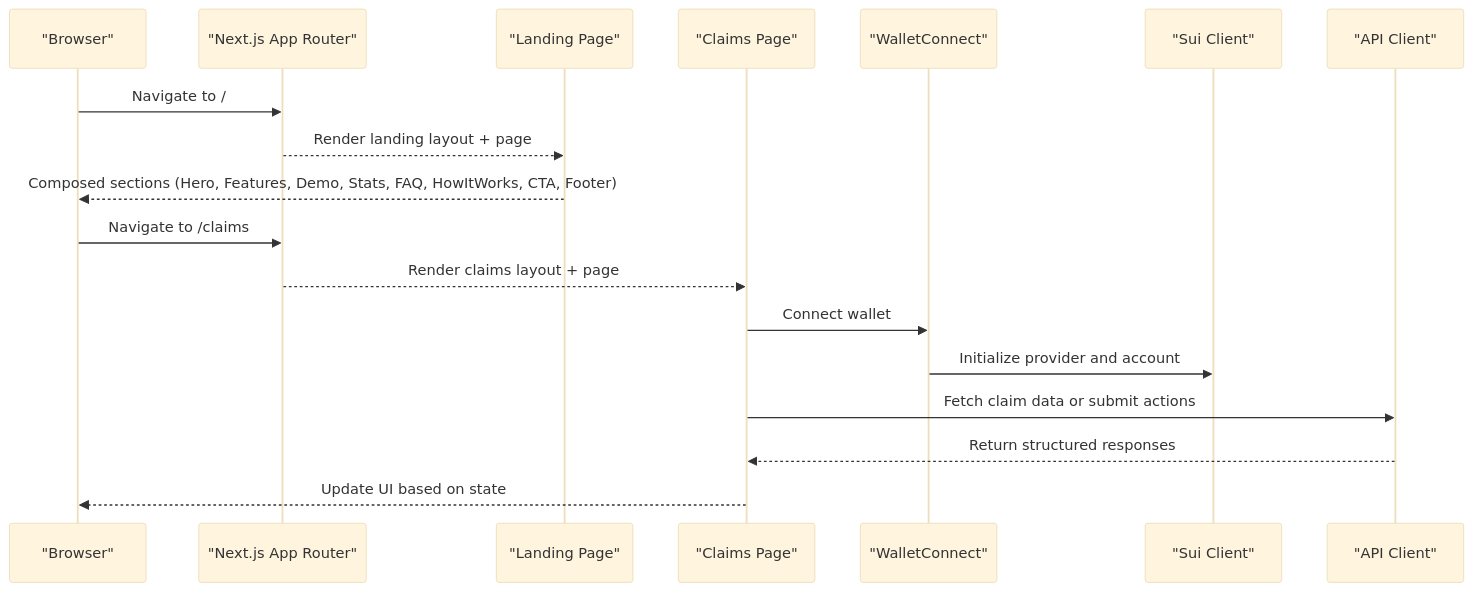
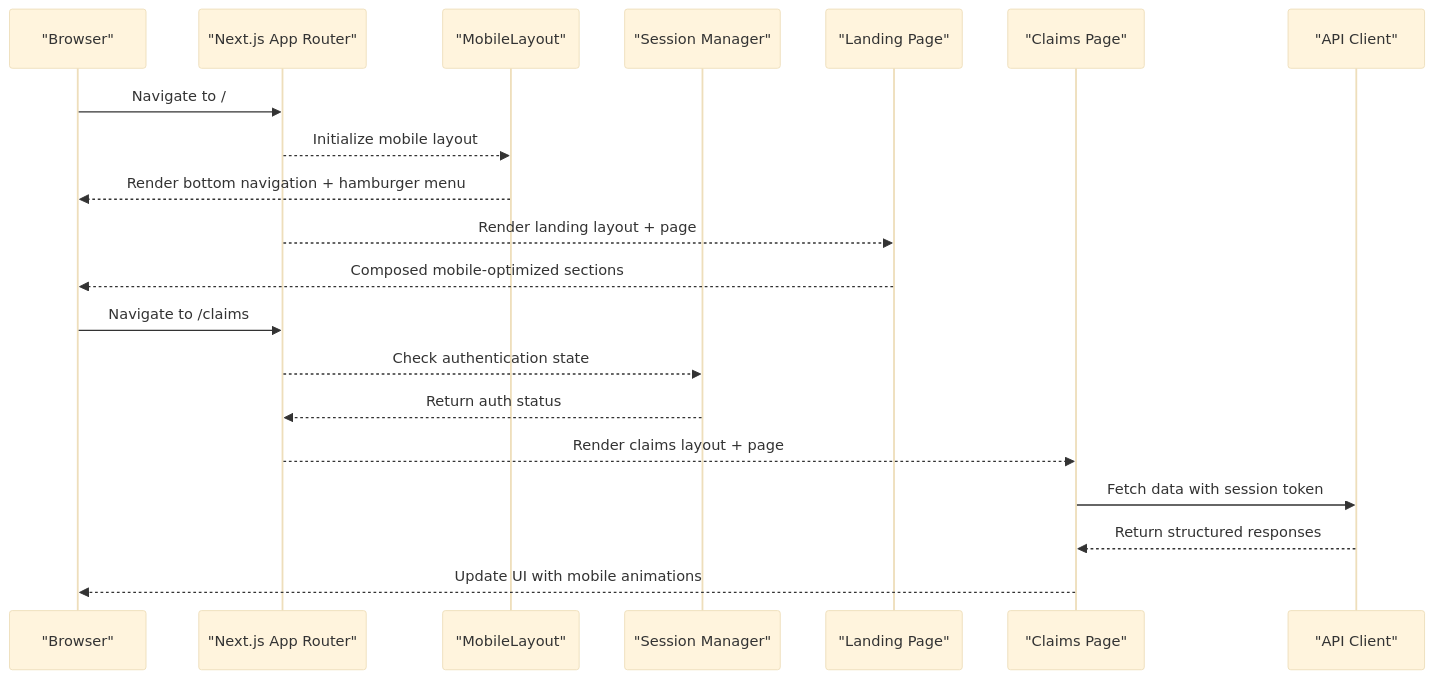
The second of 9 diagrams in .qoder/repowiki/en/content/Architecture Overview/Frontend Architecture.md (hieudepoet/Insurix), drawn with Mermaid (base theme) before and after one commit. The commit also changed other lines of this file and 63 other files, not shown here.

First line of the commit message:
feat: premium UI redesign + fix claim lifecycle for demo

````diff
--- a/.qoder/repowiki/en/content/Architecture Overview/Frontend Architecture.md
+++ b/.qoder/repowiki/en/content/Architecture Overview/Frontend Architecture.md
@@ -128,20 +127,22 @@
 ```mermaid
 sequenceDiagram
 participant Browser as "Browser"
 participant NextJS as "Next.js App Router"
+participant MobileLayout as "MobileLayout"
+participant Session as "Session Manager"
 participant Landing as "Landing Page"
 participant Claims as "Claims Page"
-participant Wallet as "WalletConnect"
-participant Sui as "Sui Client"
 participant API as "API Client"
 Browser->>NextJS : Navigate to /
+NextJS-->>MobileLayout : Initialize mobile layout
+MobileLayout-->>Browser : Render bottom navigation + hamburger menu
 NextJS-->>Landing : Render landing layout + page
-Landing-->>Browser : Composed sections (Hero, Features, Demo, Stats, FAQ, HowItWorks, CTA, Footer)
+Landing-->>Browser : Composed mobile-optimized sections
 Browser->>NextJS : Navigate to /claims
+NextJS-->>Session : Check authentication state
+Session-->>NextJS : Return auth status
 NextJS-->>Claims : Render claims layout + page
-Claims->>Wallet : Connect wallet
-Wallet->>Sui : Initialize provider and account
-Claims->>API : Fetch claim data or submit actions
+Claims->>API : Fetch data with session token
 API-->>Claims : Return structured responses
-Claims-->>Browser : Update UI based on state
+Claims-->>Browser : Update UI with mobile animations
 ```
````
